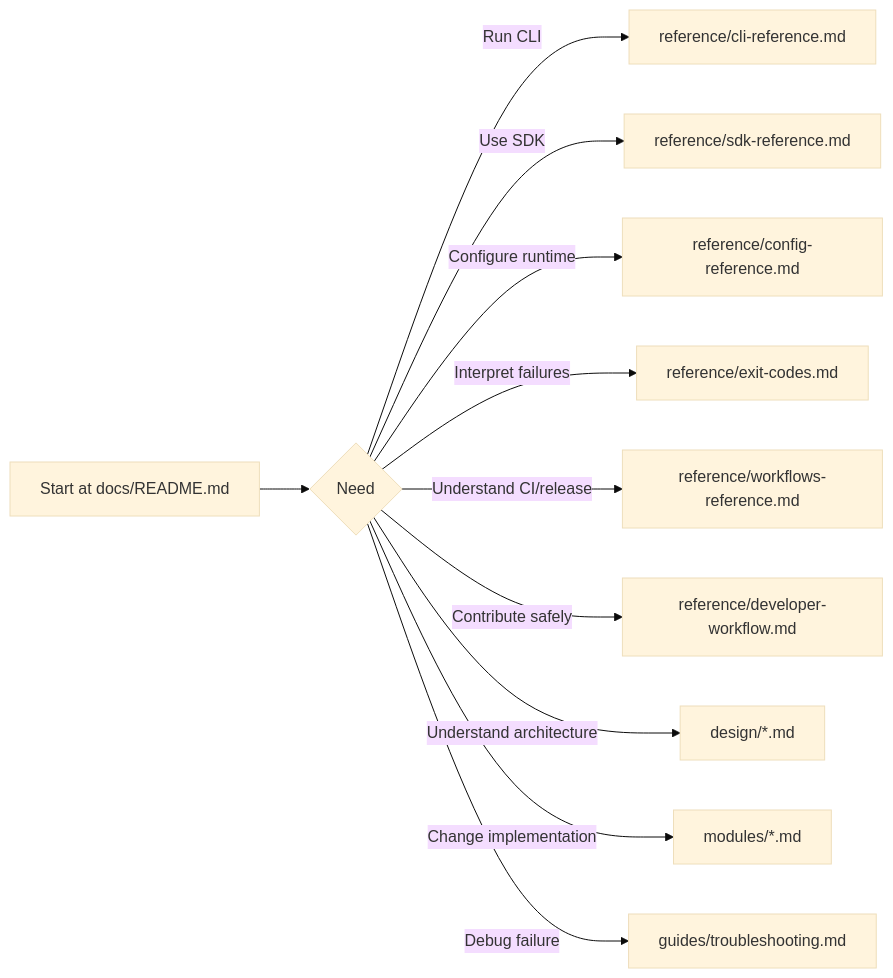
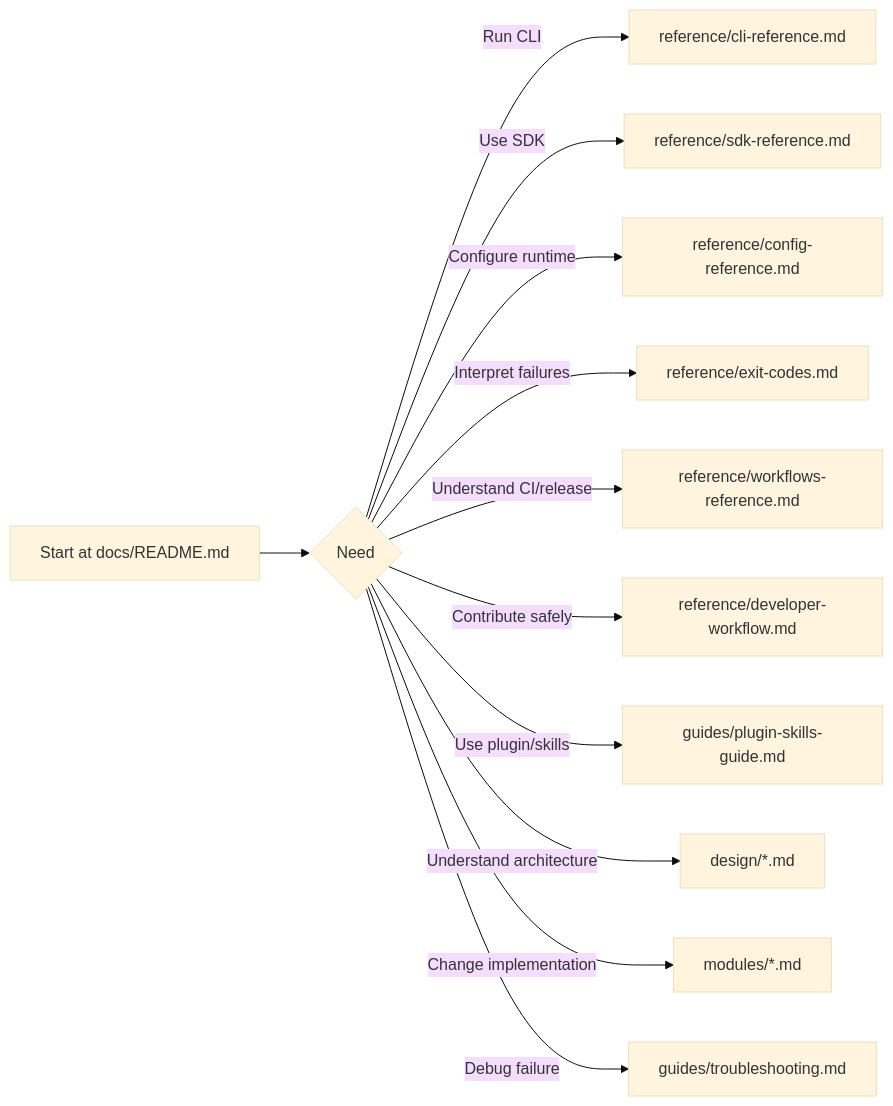
Before and after one commit to aryeko/planpilot: the diagram in docs/README.md, drawn with Mermaid (base theme). The commit also changed other lines of this file and 26 other files, not shown here.

First line of the commit message:
feat(plugin): add Claude Code plugin (skills, commands, marketplace) (#88)

````diff
--- a/docs/README.md
+++ b/docs/README.md
@@ -34,13 +36,14 @@
 ```mermaid
 flowchart LR
     A[Start at docs/README.md] --> B{Need}
     B -->|Run CLI| C[reference/cli-reference.md]
     B -->|Use SDK| D[reference/sdk-reference.md]
     B -->|Configure runtime| H[reference/config-reference.md]
     B -->|Interpret failures| I[reference/exit-codes.md]
     B -->|Understand CI/release| J[reference/workflows-reference.md]
     B -->|Contribute safely| K[reference/developer-workflow.md]
+    B -->|Use plugin/skills| L[guides/plugin-skills-guide.md]
     B -->|Understand architecture| E[design/*.md]
     B -->|Change implementation| F[modules/*.md]
     B -->|Debug failure| G[guides/troubleshooting.md]
 ```
````
